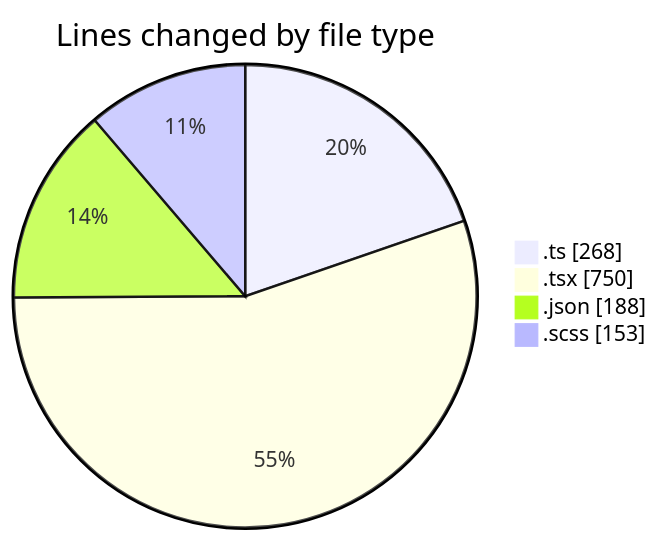
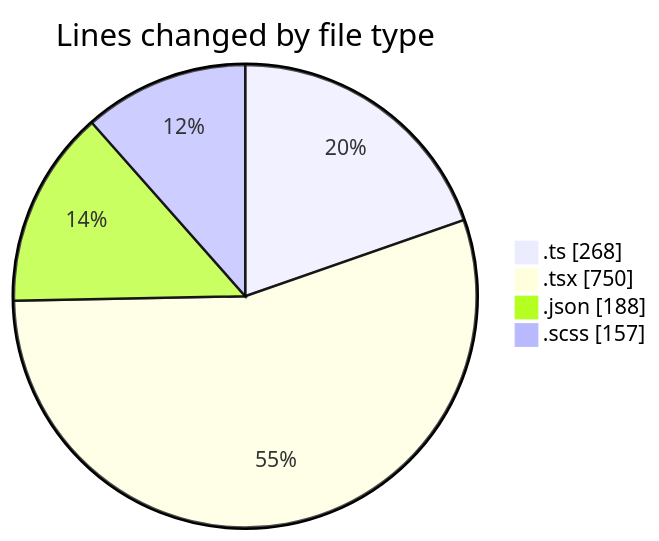
One commit to momahboobian/code-tracking changed the first of 2 diagrams in 2026-05-07/cda/README.md. Above: the diagram before and after it, drawn with Mermaid. The commit also changed other lines of this file and 1 other file, not shown here.

````diff
--- a/2026-05-07/cda/README.md
+++ b/2026-05-07/cda/README.md
@@ -32,8 +32,8 @@
 ```mermaid
 pie showData
 title Lines changed by file type
 ".ts" : 268
 ".tsx" : 750
 ".json" : 188
-".scss" : 153
+".scss" : 157
 ```
````
